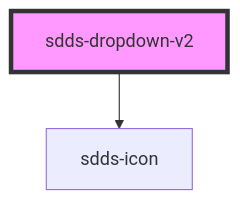
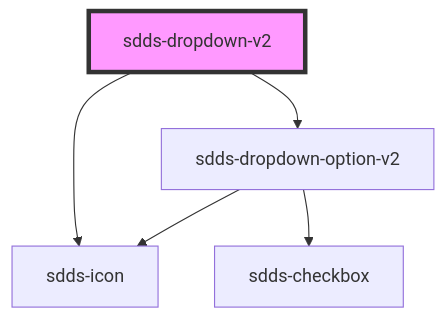
One commit to scania-digital-design-system/sdds changed the diagram in tegel/src/components/dropdown-v2/readme.md. Above: the diagram before and after it, drawn with Mermaid. The commit also changed other lines of this file and 4 other files, not shown here.

````diff
--- a/tegel/src/components/dropdown-v2/readme.md
+++ b/tegel/src/components/dropdown-v2/readme.md
@@ -54,5 +66,8 @@
 ```mermaid
 graph TD;
   sdds-dropdown-v2 --> sdds-icon
+  sdds-dropdown-v2 --> sdds-dropdown-option-v2
+  sdds-dropdown-option-v2 --> sdds-checkbox
+  sdds-dropdown-option-v2 --> sdds-icon
   style sdds-dropdown-v2 fill:#f9f,stroke:#333,stroke-width:4px
 ```
````
